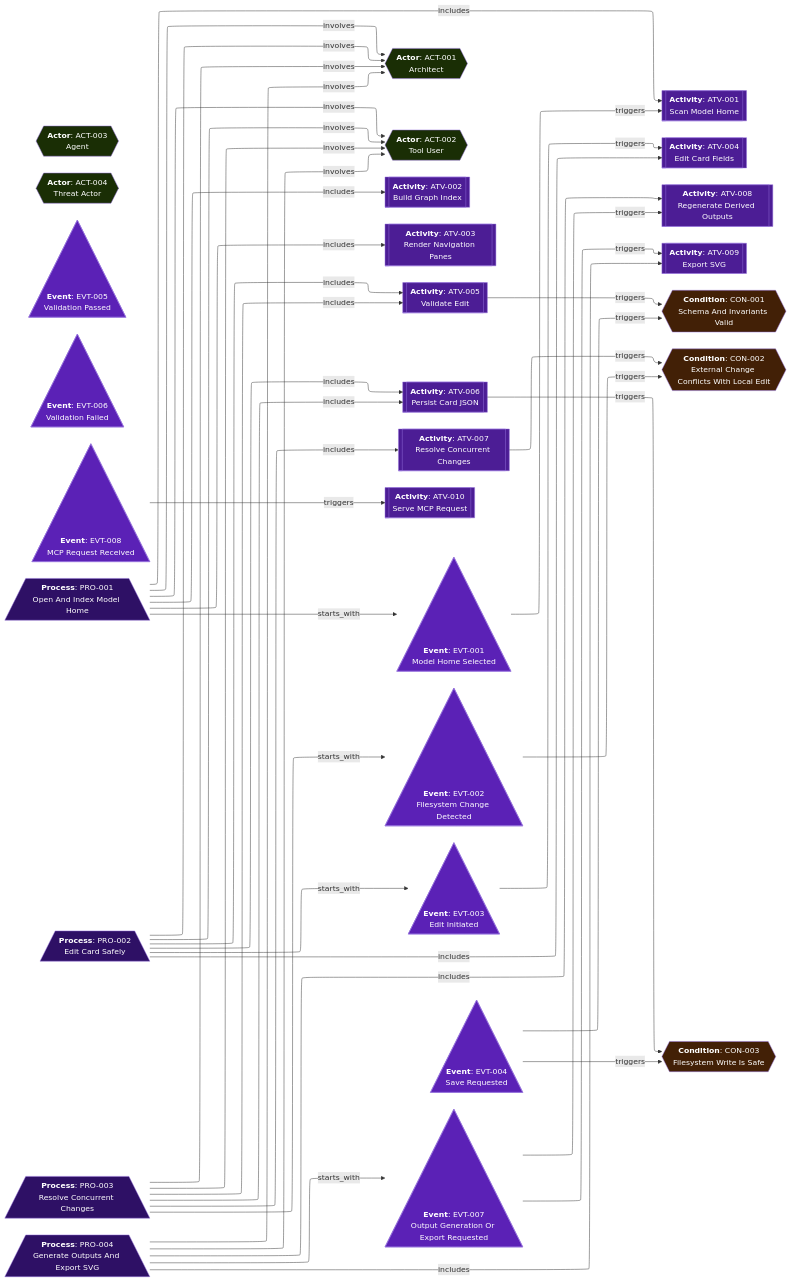
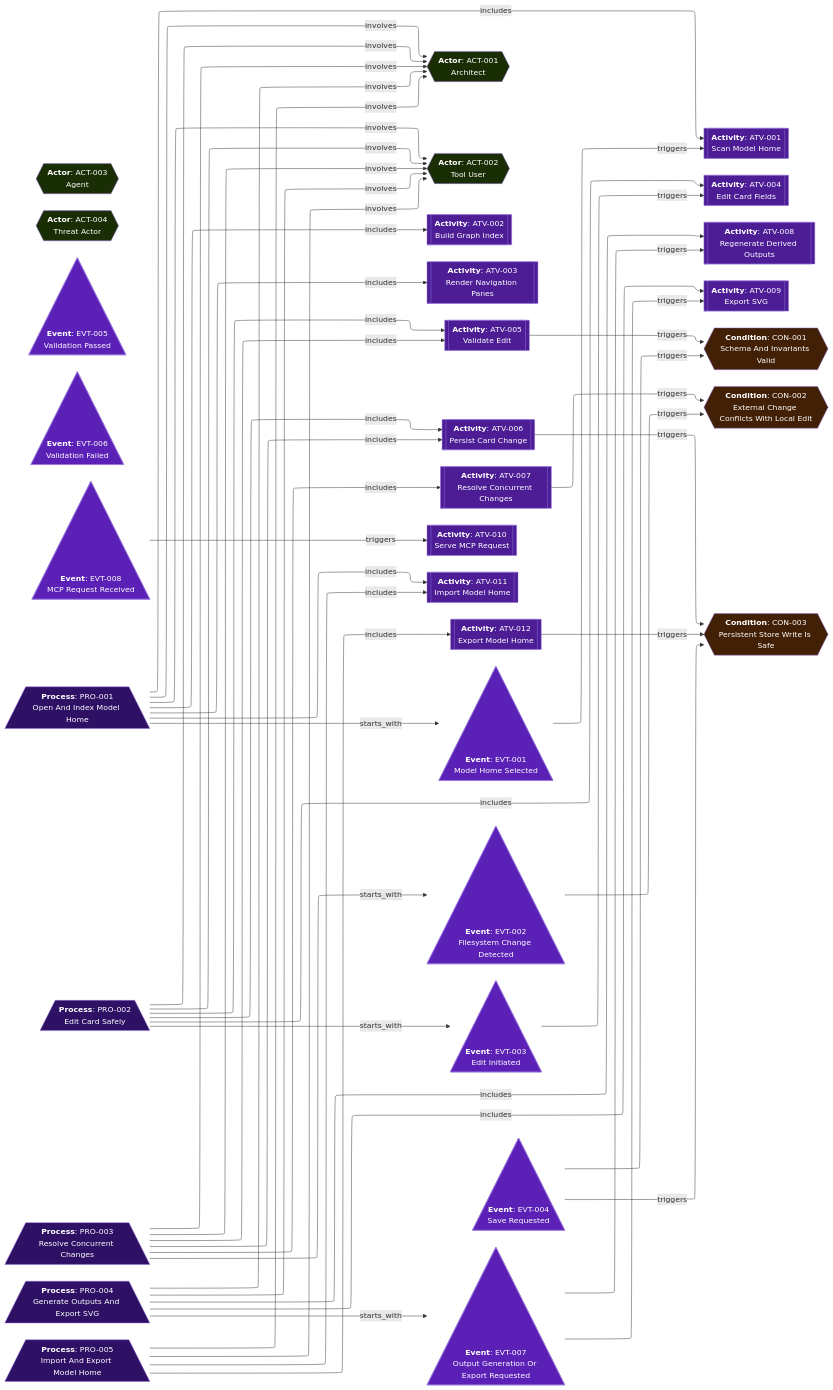
Before and after one commit to JEleniel/aurora: the diagram in docs/design/MIS-002/Process.view.md, drawn with Mermaid. The commit also changed other lines of this file and 141 other files, not shown here.

First line of the commit message:
feat(MIS-002): Add components, capabilities, activities, and requirements for model import/export functionality

````diff
--- a/docs/design/MIS-002/Process.view.md
+++ b/docs/design/MIS-002/Process.view.md
@@ -14,14 +14,16 @@
 	ATV-003[["`**Activity**: ATV-003<br />Render Navigation Panes`"]]
 	ATV-004[["`**Activity**: ATV-004<br />Edit Card Fields`"]]
 	ATV-005[["`**Activity**: ATV-005<br />Validate Edit`"]]
-	ATV-006[["`**Activity**: ATV-006<br />Persist Card JSON`"]]
+	ATV-006[["`**Activity**: ATV-006<br />Persist Card Change`"]]
 	ATV-007[["`**Activity**: ATV-007<br />Resolve Concurrent Changes`"]]
 	ATV-008[["`**Activity**: ATV-008<br />Regenerate Derived Outputs`"]]
 	ATV-009[["`**Activity**: ATV-009<br />Export SVG`"]]
 	ATV-010[["`**Activity**: ATV-010<br />Serve MCP Request`"]]
+	ATV-011[["`**Activity**: ATV-011<br />Import Model Home`"]]
+	ATV-012[["`**Activity**: ATV-012<br />Export Model Home`"]]
 	CON-001{{"`**Condition**: CON-001<br />Schema And Invariants Valid`"}}
 	CON-002{{"`**Condition**: CON-002<br />External Change Conflicts With Local Edit`"}}
-	CON-003{{"`**Condition**: CON-003<br />Filesystem Write Is Safe`"}}
+	CON-003{{"`**Condition**: CON-003<br />Persistent Store Write Is Safe`"}}
 	EVT-001["`**Event**: EVT-001<br />Model Home Selected`"]@{shape: tri}
 	EVT-002["`**Event**: EVT-002<br />Filesystem Change Detected`"]@{shape: tri}
 	EVT-003["`**Event**: EVT-003<br />Edit Initiated`"]@{shape: tri}
@@ -34,11 +36,13 @@
 	PRO-002[/"`**Process**: PRO-002<br />Edit Card Safely`"\]
 	PRO-003[/"`**Process**: PRO-003<br />Resolve Concurrent Changes`"\]
 	PRO-004[/"`**Process**: PRO-004<br />Generate Outputs And Export SVG`"\]
+	PRO-005[/"`**Process**: PRO-005<br />Import And Export Model Home`"\]
 
 
 	ATV-005 -- triggers --> CON-001;
 	ATV-006 -- triggers --> CON-003;
 	ATV-007 -- triggers --> CON-002;
+	ATV-012 -- triggers --> CON-003;
 	EVT-001 -- triggers --> ATV-001;
 	EVT-002 -- triggers --> CON-002;
 	EVT-003 -- triggers --> ATV-004;
@@ -53,6 +57,7 @@
 	PRO-001 -- includes --> ATV-001;
 	PRO-001 -- includes --> ATV-002;
 	PRO-001 -- includes --> ATV-003;
+	PRO-001 -- includes --> ATV-011;
 	PRO-002 -- involves --> ACT-001;
 	PRO-002 -- involves --> ACT-002;
 	PRO-002 -- starts_with --> EVT-003;
@@ -70,6 +75,10 @@
 	PRO-004 -- starts_with --> EVT-007;
 	PRO-004 -- includes --> ATV-008;
 	PRO-004 -- includes --> ATV-009;
+	PRO-005 -- involves --> ACT-001;
+	PRO-005 -- involves --> ACT-002;
+	PRO-005 -- includes --> ATV-011;
+	PRO-005 -- includes --> ATV-012;
 
 
 classDef cls_boundary stroke-dasharray:5 5,stroke-width:4;
@@ -103,10 +112,10 @@
 classDef cls_threat fill:#4c0519,color:#FFFFFF;
 classDef cls_note fill:#1f2937,color:#FFFFFF;
 
-	class ATV-001,ATV-002,ATV-003,ATV-004,ATV-005,ATV-006,ATV-007,ATV-008,ATV-009,ATV-010 cls_activity;
+	class ATV-001,ATV-002,ATV-003,ATV-004,ATV-005,ATV-006,ATV-007,ATV-008,ATV-009,ATV-010,ATV-011,ATV-012 cls_activity;
 	class ACT-001,ACT-002,ACT-003,ACT-004 cls_actor;
 	class CON-001,CON-002,CON-003 cls_condition;
 	class EVT-001,EVT-002,EVT-003,EVT-004,EVT-005,EVT-006,EVT-007,EVT-008 cls_event;
-	class PRO-001,PRO-002,PRO-003,PRO-004 cls_process;
+	class PRO-001,PRO-002,PRO-003,PRO-004,PRO-005 cls_process;
 
 ```
````
